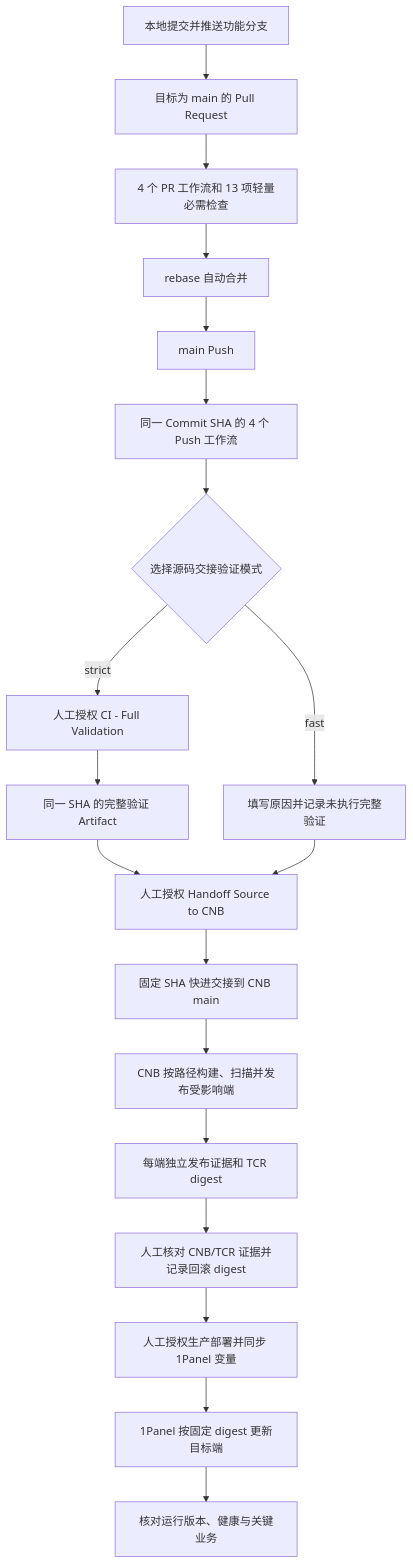
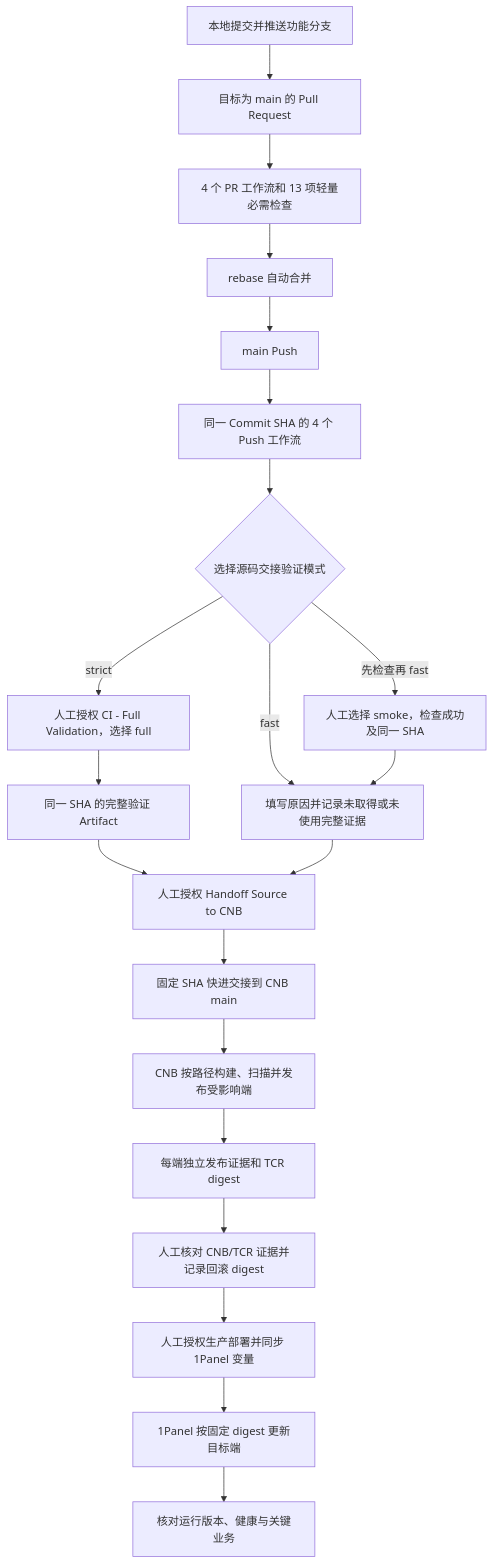
Before and after one commit to jinmozhe/pinjie-fullstack-base: the diagram in docs/operations/github-actions-workflows.md, drawn with Mermaid. The commit also changed other lines of this file and 13 other files, not shown here.

Commit message:
feat(ci): 增加 full 与 smoke 分层验证

````diff
--- a/docs/operations/github-actions-workflows.md
+++ b/docs/operations/github-actions-workflows.md
@@ -24,21 +24,23 @@
 ```mermaid
 flowchart TD
     A["本地提交并推送功能分支"] --> B["目标为 main 的 Pull Request"]
     B --> C["4 个 PR 工作流和 13 项轻量必需检查"]
     C --> D["rebase 自动合并"]
     D --> E["main Push"]
     E --> G["同一 Commit SHA 的 4 个 Push 工作流"]
     G --> V{"选择源码交接验证模式"}
-    V -->|strict| F["人工授权 CI - Full Validation"]
+    V -->|strict| F["人工授权 CI - Full Validation，选择 full"]
     F --> N["同一 SHA 的完整验证 Artifact"]
     N --> H["人工授权 Handoff Source to CNB"]
-    V -->|fast| R["填写原因并记录未执行完整验证"]
+    V -->|fast| R["填写原因并记录未取得或未使用完整证据"]
+    V -->|"先检查再 fast"| S["人工选择 smoke，检查成功及同一 SHA"]
+    S --> R
     R --> H
     H --> I["固定 SHA 快进交接到 CNB main"]
     I --> J["CNB 按路径构建、扫描并发布受影响端"]
     J --> M["每端独立发布证据和 TCR digest"]
     M --> Q["人工核对 CNB/TCR 证据并记录回滚 digest"]
     Q --> K["人工授权生产部署并同步 1Panel 变量"]
     K --> L["1Panel 按固定 digest 更新目标端"]
     L --> O["核对运行版本、健康与关键业务"]
 ```
````
